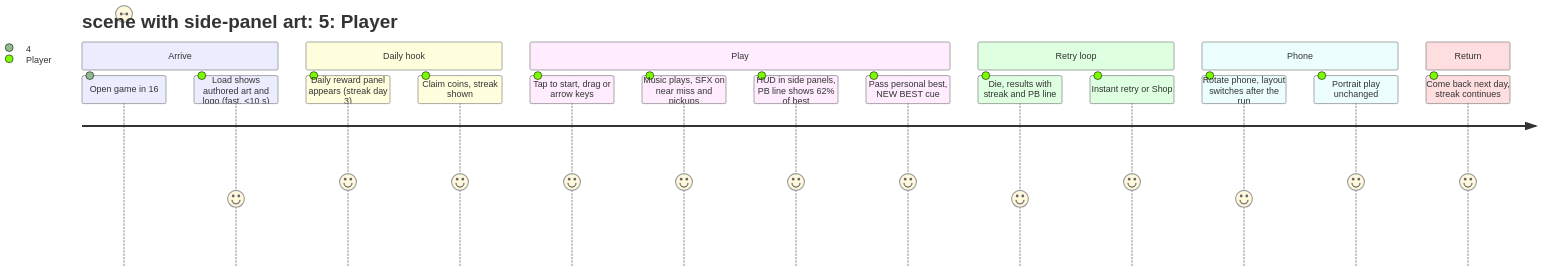
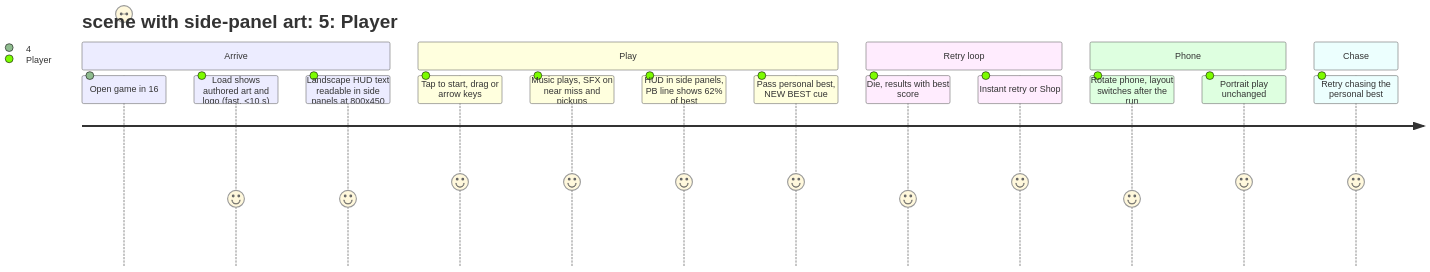
One commit to kyoangel/game_kyo changed the diagram in docs/plans/2026-11-23-dodge-drop-v3-crazygames-resubmit.md. Above: the diagram before and after it, drawn with Mermaid. The commit also changed other lines of this file, not shown here.

````diff
--- a/docs/plans/2026-11-23-dodge-drop-v3-crazygames-resubmit.md
+++ b/docs/plans/2026-11-23-dodge-drop-v3-crazygames-resubmit.md
@@ -81,24 +81,22 @@
 ```mermaid
 journey
     title Neon Rush v3 player journey (desktop iframe and phone)
     section Arrive
       Open game in 16:9 iframe (800x450): 4: Player
       Load shows authored art and logo (fast, <10 s): 4: Player
       Title scene with side-panel art: 5: Player
-    section Daily hook
-      Daily reward panel appears (streak day 3): 5: Player
-      Claim coins, streak shown: 5: Player
+      Landscape HUD text readable in side panels at 800x450: 4: Player
     section Play
       Tap to start, drag or arrow keys: 5: Player
       Music plays, SFX on near miss and pickups: 5: Player
       HUD in side panels, PB line shows 62% of best: 5: Player
       Pass personal best, NEW BEST cue: 5: Player
     section Retry loop
-      Die, results with streak and PB line: 4: Player
+      Die, results with best score: 4: Player
       Instant retry or Shop: 5: Player
     section Phone
       Rotate phone, layout switches after the run: 4: Player
       Portrait play unchanged: 5: Player
-    section Return
-      Come back next day, streak continues: 5: Player
+    section Chase
+      Retry chasing the personal best: 5: Player
 ```
````
